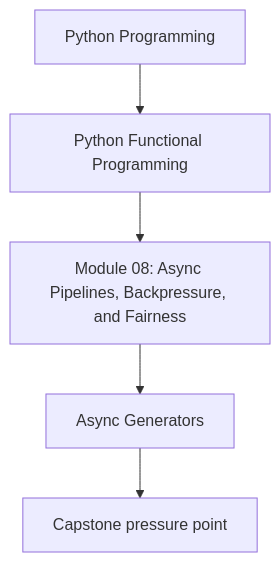
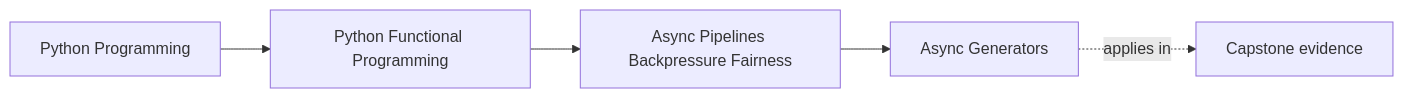
The first of 2 diagrams in programs/python-programming/python-functional-programming/course-book/module-08-async-pipelines-backpressure-fairness/async-generators.md (bijux/bijux-masterclass), drawn with Mermaid before and after one commit. The commit also changed other lines of this file and 108 other files, not shown here.

Commit message:
docs(python-functional-programming): map capstone and advanced design surfaces

````diff
--- a/programs/python-programming/python-functional-programming/course-book/module-08-async-pipelines-backpressure-fairness/async-generators.md
+++ b/programs/python-programming/python-functional-programming/course-book/module-08-async-pipelines-backpressure-fairness/async-generators.md
@@ -7,7 +7,11 @@
 ```mermaid
-flowchart TD
-  family["Python Programming"] --> program["Python Functional Programming"]
-  program --> module["Module 08: Async Pipelines, Backpressure, and Fairness"]
-  module --> concept["Async Generators"]
-  concept --> capstone["Capstone pressure point"]
+graph LR
+  family["Python Programming"]
+  program["Python Functional Programming"]
+  section["Async Pipelines Backpressure Fairness"]
+  page["Async Generators"]
+  capstone["Capstone evidence"]
+
+  family --> program --> section --> page
+  page -.applies in.-> capstone
 ```
````
